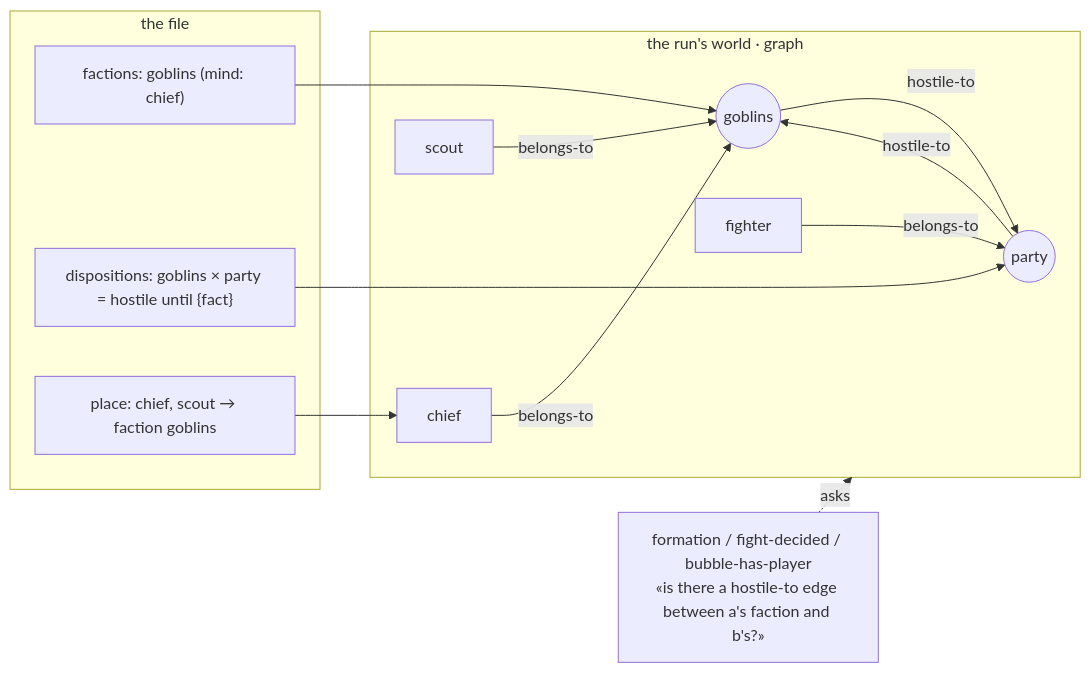
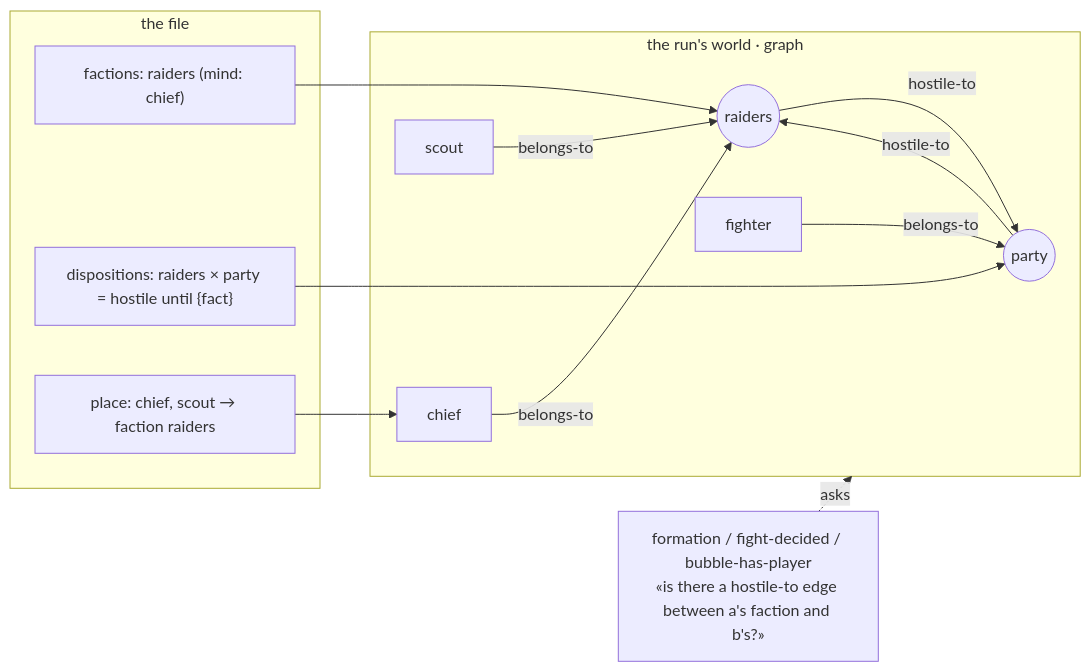
One commit to KirkDiggler/rpg-project changed the first of 4 diagrams in ideas/living-world/hold-out/how-it-works.md. Above: the diagram before and after it, drawn with Mermaid. The commit also changed other lines of this file and 2 other files, not shown here.

Commit message:
design(living-world): hold-out — the camp is raiders (skeleton captain, skeletons, zombies): the monsters that exist today

````diff
--- a/ideas/living-world/hold-out/how-it-works.md
+++ b/ideas/living-world/hold-out/how-it-works.md
@@ -17,19 +17,19 @@
 ```mermaid
 flowchart LR
   subgraph file[the file]
-    F["factions: goblins (mind: chief)"]
-    D["dispositions: goblins × party = hostile until {fact}"]
-    P["place: chief, scout → faction goblins"]
+    F["factions: raiders (mind: chief)"]
+    D["dispositions: raiders × party = hostile until {fact}"]
+    P["place: chief, scout → faction raiders"]
   end
   subgraph world[the run's world · graph]
-    party((party)) -- "hostile-to" --> gob((goblins))
+    party((party)) -- "hostile-to" --> gob((raiders))
     gob -- "hostile-to" --> party
     chief[chief] -- "belongs-to" --> gob
     scout[scout] -- "belongs-to" --> gob
     pc[fighter] -- "belongs-to" --> party
   end
   F --> gob
   D --> party
   P --> chief
   form["formation / fight-decided / bubble-has-player<br/>«is there a hostile-to edge between a's faction and b's?»"] -.asks.-> world
 ```
````
